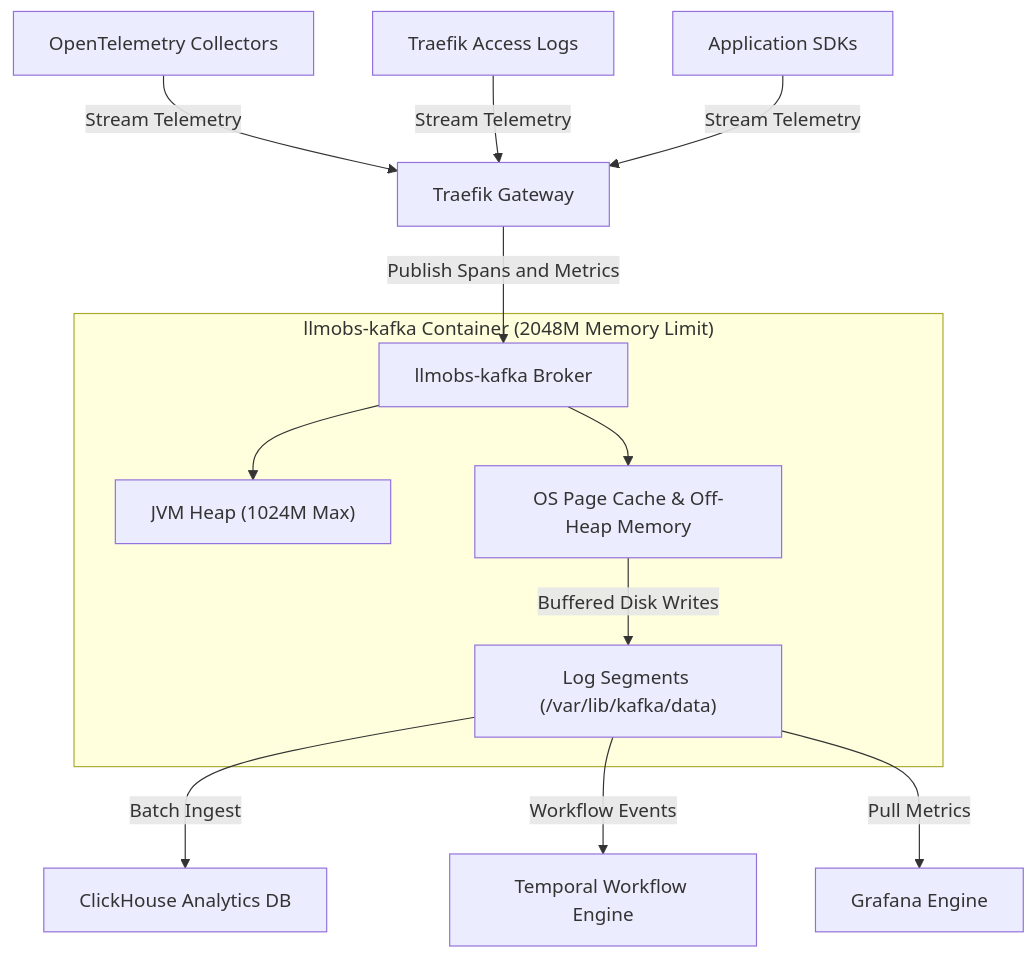
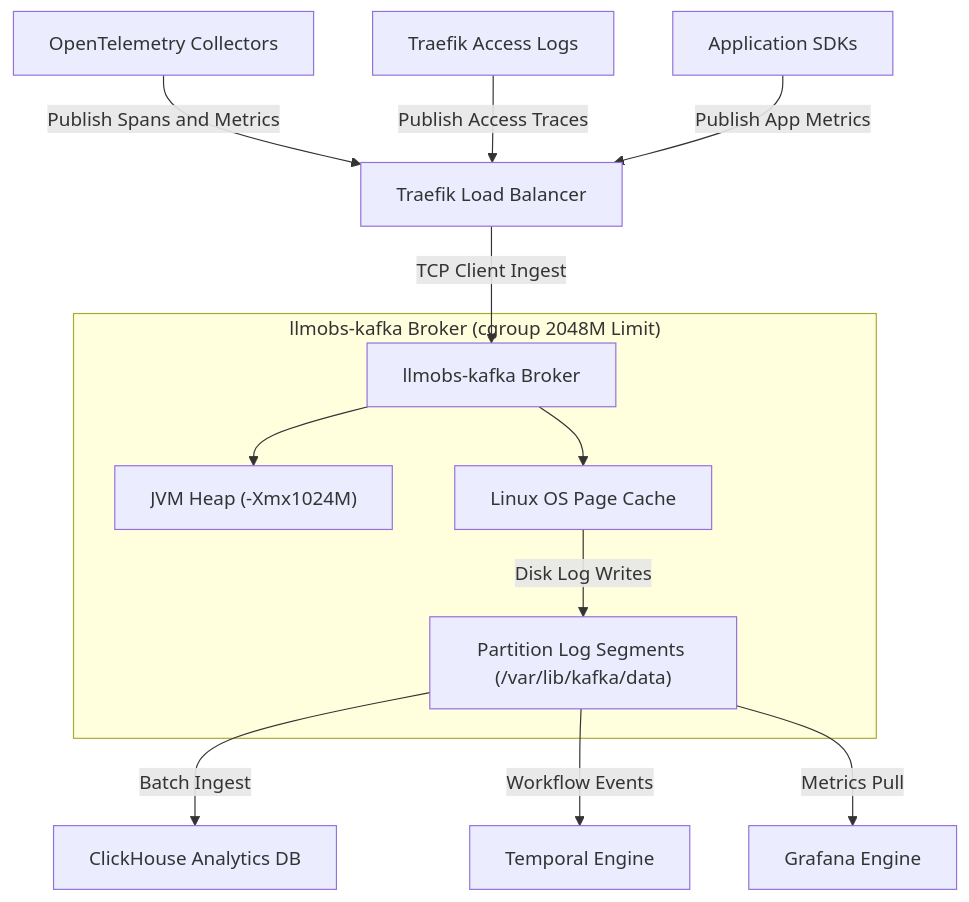
Before and after one commit to Chief-Strategist-J/llm-obs-infra: the first of 11 diagrams in docs/configDoc/kafka-configuration-guide.md, drawn with Mermaid. The commit also changed other lines of this file, not shown here.

Commit message:
docs(kafka): add HLD/LLD diagrams, deep-dive mechanics, and parameter tables for Broker, Producer, Consumer, and Topic/Partition Management

````diff
--- a/docs/configDoc/kafka-configuration-guide.md
+++ b/docs/configDoc/kafka-configuration-guide.md
@@ -9,18 +9,18 @@
 ```mermaid
 graph TD
-    A1["OpenTelemetry Collectors"] -->|Stream Telemetry| B1["Traefik Gateway"]
-    A2["Traefik Access Logs"] -->|Stream Telemetry| B1
-    A3["Application SDKs"] -->|Stream Telemetry| B1
+    A1["OpenTelemetry Collectors"] -->|Publish Spans and Metrics| B1["Traefik Load Balancer"]
+    A2["Traefik Access Logs"] -->|Publish Access Traces| B1
+    A3["Application SDKs"] -->|Publish App Metrics| B1
 
-    B1 -->|Publish Spans and Metrics| C1["llmobs-kafka Broker"]
+    B1 -->|TCP Client Ingest| C1["llmobs-kafka Broker"]
 
-    subgraph Kafka Container ["llmobs-kafka Container (2048M Memory Limit)"]
-        C1 --> D1["JVM Heap (1024M Max)"]
-        C1 --> E1["OS Page Cache & Off-Heap Memory"]
-        E1 -->|Buffered Disk Writes| F1["Log Segments (/var/lib/kafka/data)"]
+    subgraph Kafka Cluster Boundary ["llmobs-kafka Broker (cgroup 2048M Limit)"]
+        C1 --> D1["JVM Heap (-Xmx1024M)"]
+        C1 --> E1["Linux OS Page Cache"]
+        E1 -->|Disk Log Writes| F1["Partition Log Segments (/var/lib/kafka/data)"]
     end
 
     F1 -->|Batch Ingest| G1["ClickHouse Analytics DB"]
-    F1 -->|Workflow Events| H1["Temporal Workflow Engine"]
-    F1 -->|Pull Metrics| I1["Grafana Engine"]
+    F1 -->|Workflow Events| H1["Temporal Engine"]
+    F1 -->|Metrics Pull| I1["Grafana Engine"]
 ```
````
